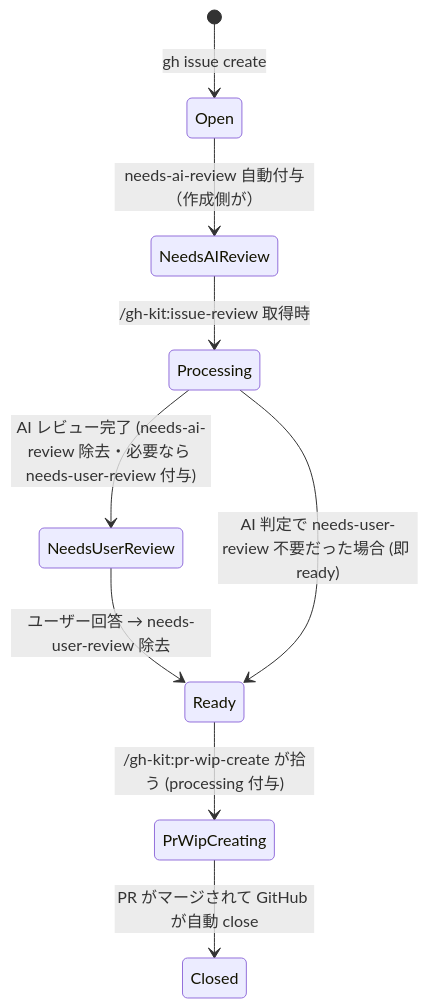
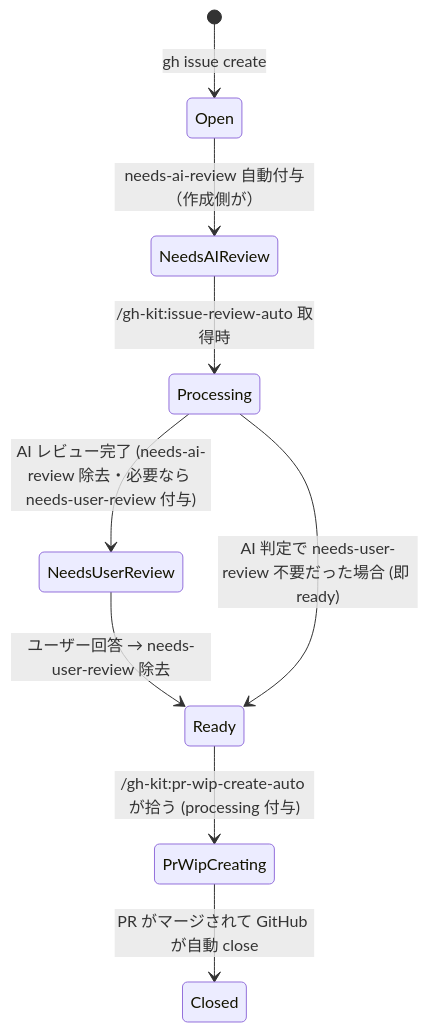
The first of 2 diagrams in .work/notes/プラグイン/gh-kitラベル設計.md (shuhei1101/my-plugins), drawn with Mermaid before and after one commit. The commit also changed other lines of this file and 23 other files, not shown here.

````diff
--- a/.work/notes/プラグイン/gh-kitラベル設計.md
+++ b/.work/notes/プラグイン/gh-kitラベル設計.md
@@ -38,11 +38,11 @@
 ```mermaid
 stateDiagram-v2
   [*] --> Open: gh issue create
   Open --> NeedsAIReview: needs-ai-review 自動付与（作成側が）
-  NeedsAIReview --> Processing: /gh-kit:issue-review 取得時
+  NeedsAIReview --> Processing: /gh-kit:issue-review-auto 取得時
   Processing --> NeedsUserReview: AI レビュー完了 (needs-ai-review 除去・必要なら needs-user-review 付与)
   NeedsUserReview --> Ready: ユーザー回答 → needs-user-review 除去
   Processing --> Ready: AI 判定で needs-user-review 不要だった場合 (即 ready)
-  Ready --> PrWipCreating: /gh-kit:pr-wip-create が拾う (processing 付与)
+  Ready --> PrWipCreating: /gh-kit:pr-wip-create-auto が拾う (processing 付与)
   PrWipCreating --> Closed: PR がマージされて GitHub が自動 close
 ```
````
